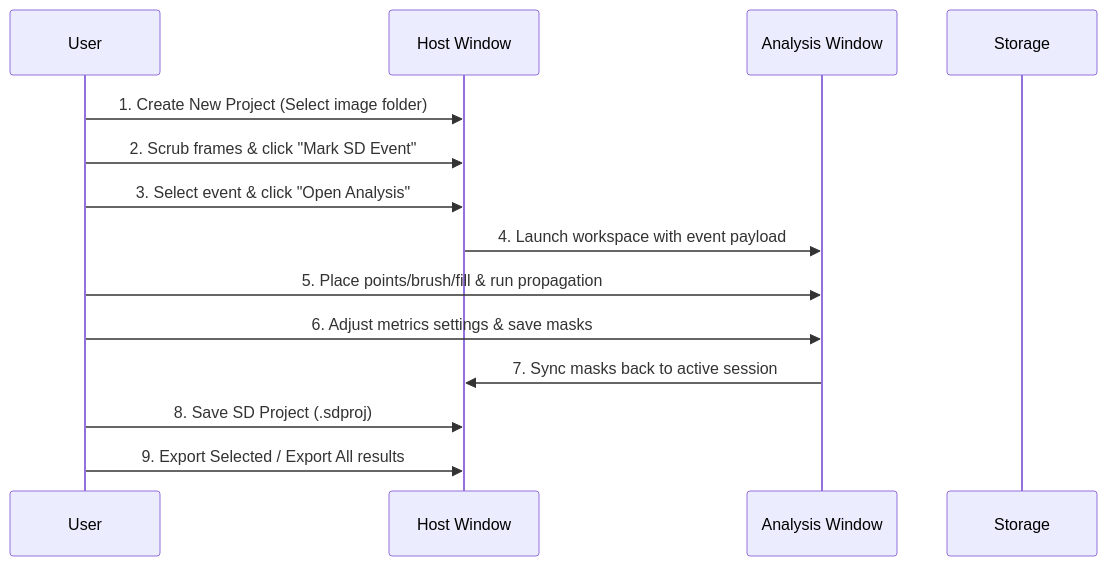
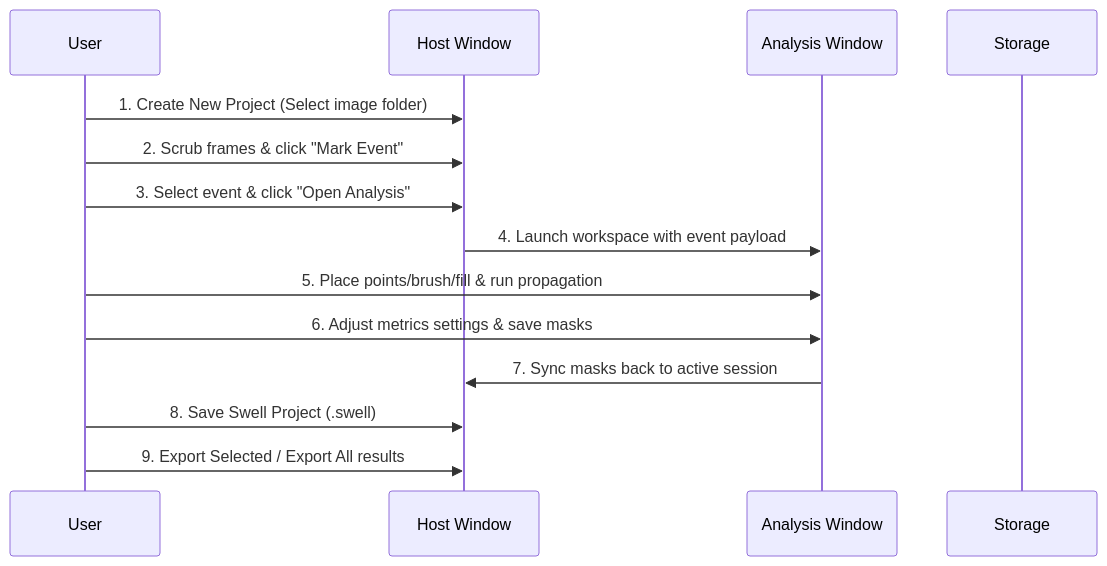
Before and after one commit to ParrishLab/Swell: the diagram in docs/user-guide.md, drawn with Mermaid. The commit also changed other lines of this file and 607 other files, not shown here.

````diff
--- a/docs/user-guide.md
+++ b/docs/user-guide.md
@@ -11,17 +11,17 @@
 ```mermaid
 sequenceDiagram
     participant User
     participant Host as Host Window
     participant Ana as Analysis Window
     participant Disk as Storage
     
     User->>Host: 1. Create New Project (Select image folder)
-    User->>Host: 2. Scrub frames & click "Mark SD Event"
+    User->>Host: 2. Scrub frames & click "Mark Event"
     User->>Host: 3. Select event & click "Open Analysis"
     Host->>Ana: 4. Launch workspace with event payload
     User->>Ana: 5. Place points/brush/fill & run propagation
     User->>Ana: 6. Adjust metrics settings & save masks
     Ana->>Host: 7. Sync masks back to active session
-    User->>Host: 8. Save SD Project (.sdproj)
+    User->>Host: 8. Save Swell Project (.swell)
     User->>Host: 9. Export Selected / Export All results
 ```
````
